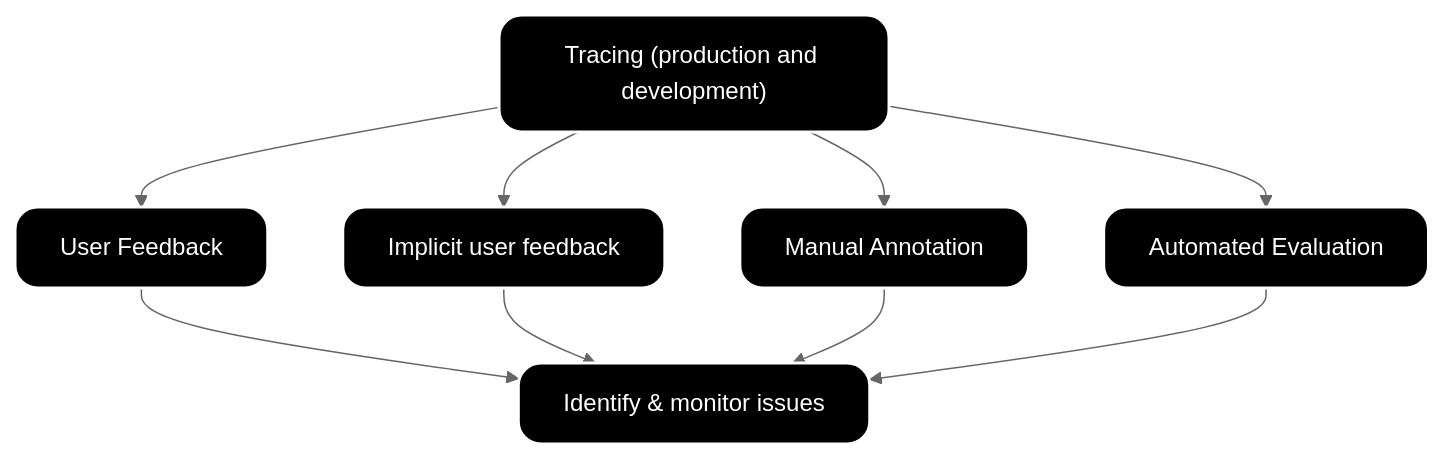
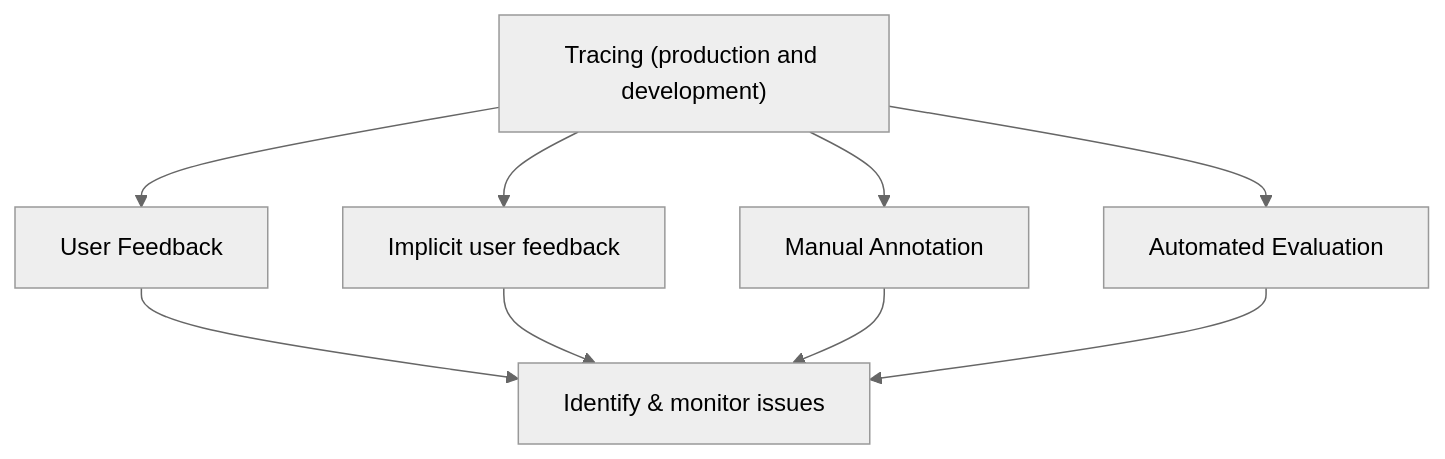
Before and after one commit to langfuse/langfuse-docs: the second of 2 diagrams in pages/academy/04-evaluation.mdx, drawn with Mermaid (neutral theme). The commit also changed other lines of this file and 8 other files, not shown here.

````diff
--- a/pages/academy/04-evaluation.mdx
+++ b/pages/academy/04-evaluation.mdx
@@ -116,15 +116,12 @@
 ```mermaid
 graph TD
   A["Tracing (production and development)"] --> B["User Feedback"]
   A --> C["Implicit user feedback"]
   A --> D["Manual Annotation"]
   A --> E["Automated Evaluation"]
 
   B --> F["Identify & monitor issues"]
   C --> F
   D --> F
   E --> F
-
-classDef boxes fill:#000,color:#fff,stroke:#fff,stroke-width:2px,rx:15px,ry:15px
-class A,B,C,D,E,F boxes
 ```
````
